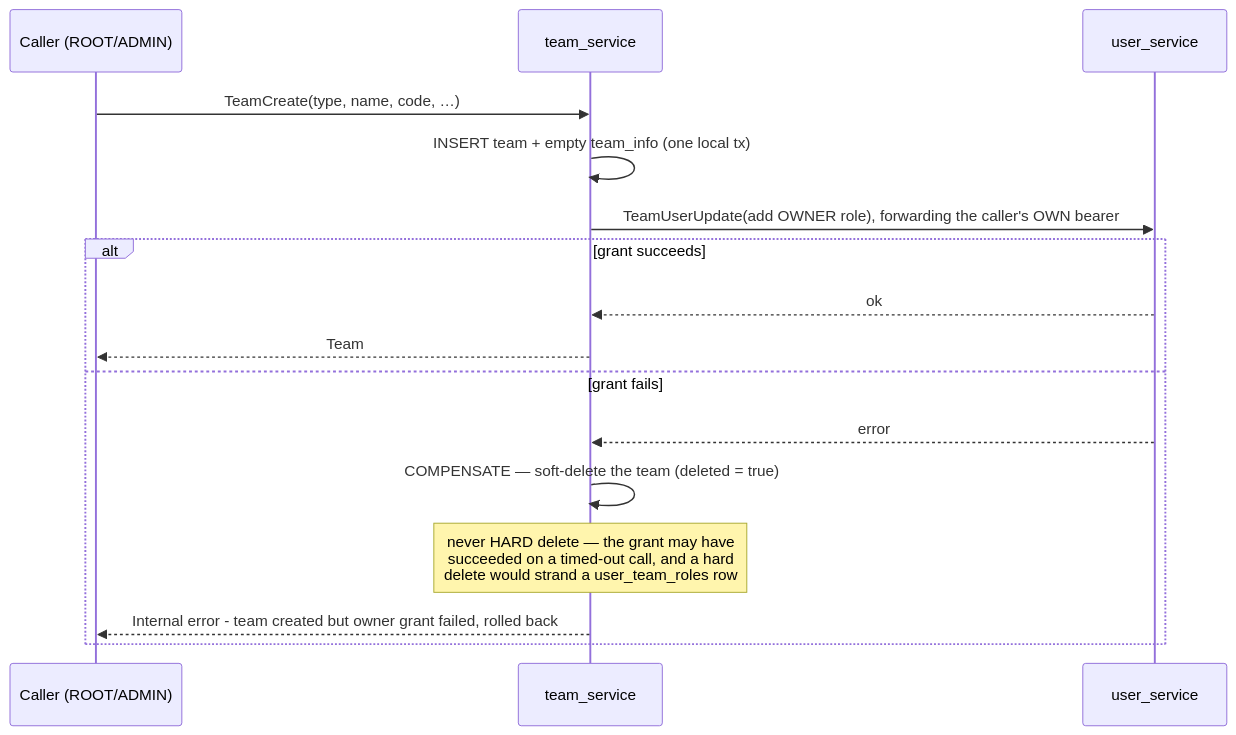
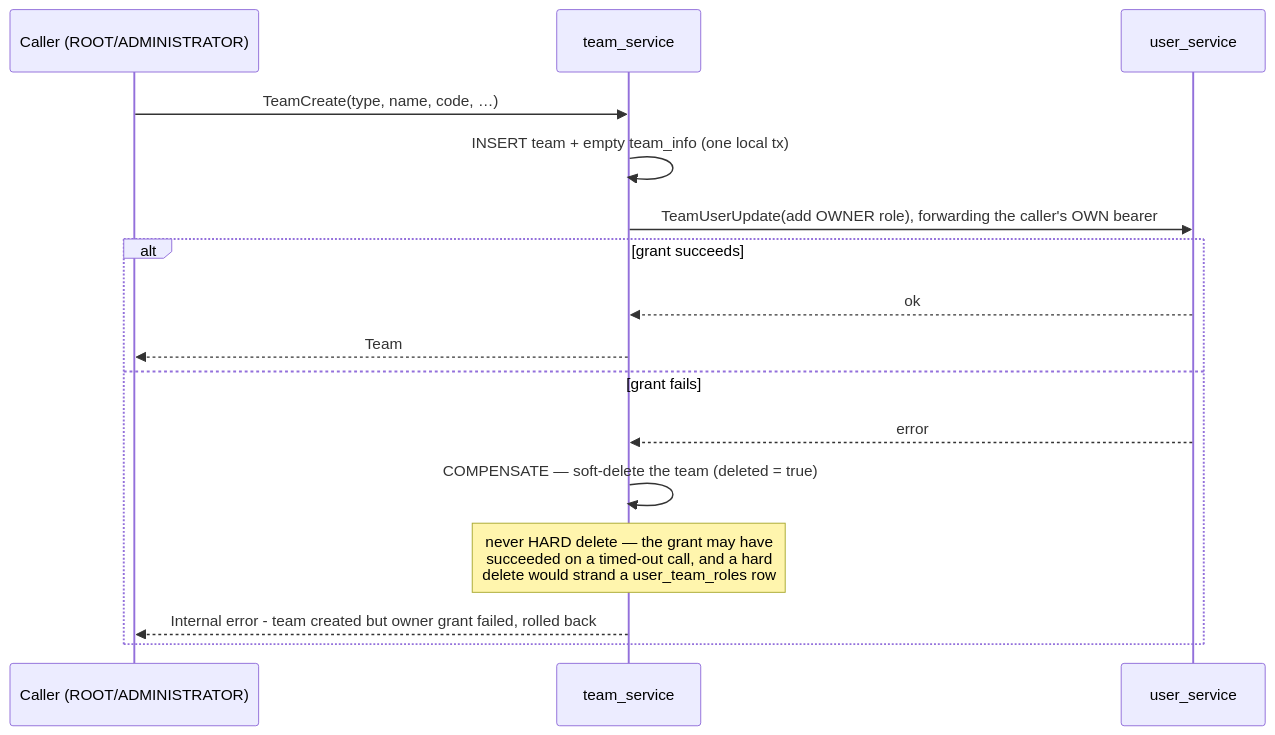
One commit to pdcgo/warehouse_revamp changed the diagram in docs/services/team_service/rpc.md. Above: the diagram before and after it, drawn with Mermaid. The commit also changed other lines of this file and 64 other files, not shown here.

````diff
--- a/docs/services/team_service/rpc.md
+++ b/docs/services/team_service/rpc.md
@@ -13,18 +13,18 @@
 ```mermaid
 sequenceDiagram
-    participant C as Caller (ROOT/ADMIN)
+    participant C as Caller (ROOT/ADMINISTRATOR)
     participant T as team_service
     participant U as user_service
     C->>T: TeamCreate(type, name, code, …)
     T->>T: INSERT team + empty team_info (one local tx)
     T->>U: TeamUserUpdate(add OWNER role), forwarding the caller's OWN bearer
     alt grant succeeds
         U-->>T: ok
         T-->>C: Team
     else grant fails
         U-->>T: error
         T->>T: COMPENSATE — soft-delete the team (deleted = true)
         Note over T: never HARD delete — the grant may have<br/>succeeded on a timed-out call, and a hard<br/>delete would strand a user_team_roles row
         T-->>C: Internal error - team created but owner grant failed, rolled back
     end
 ```
````
